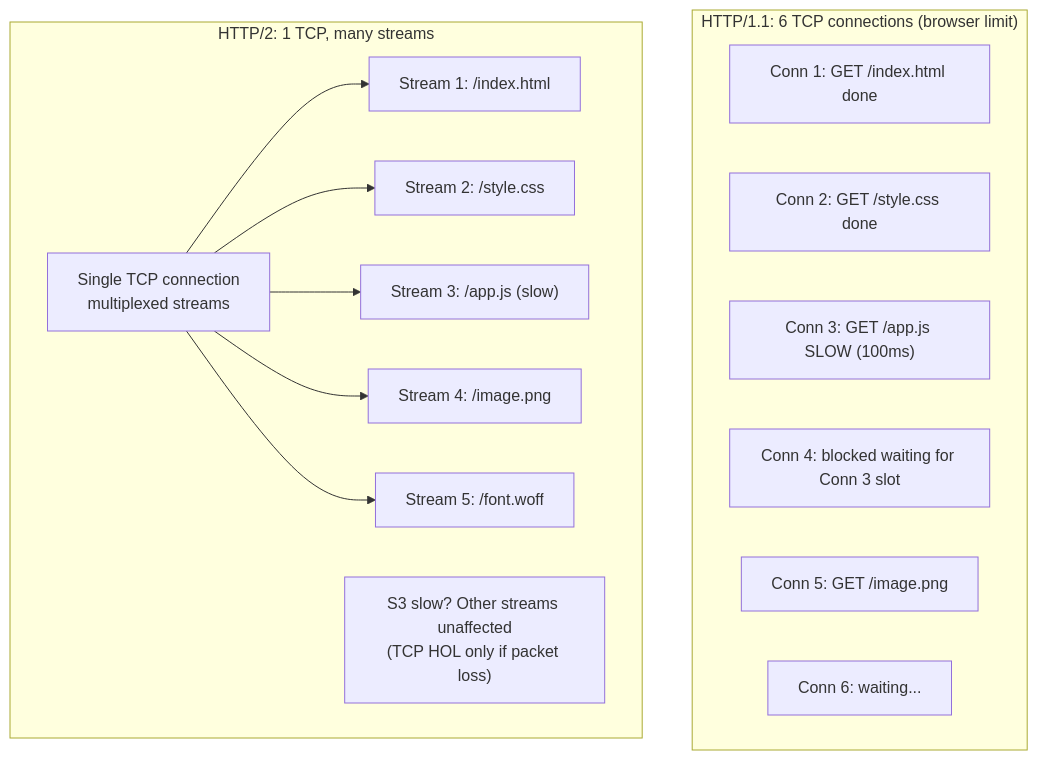
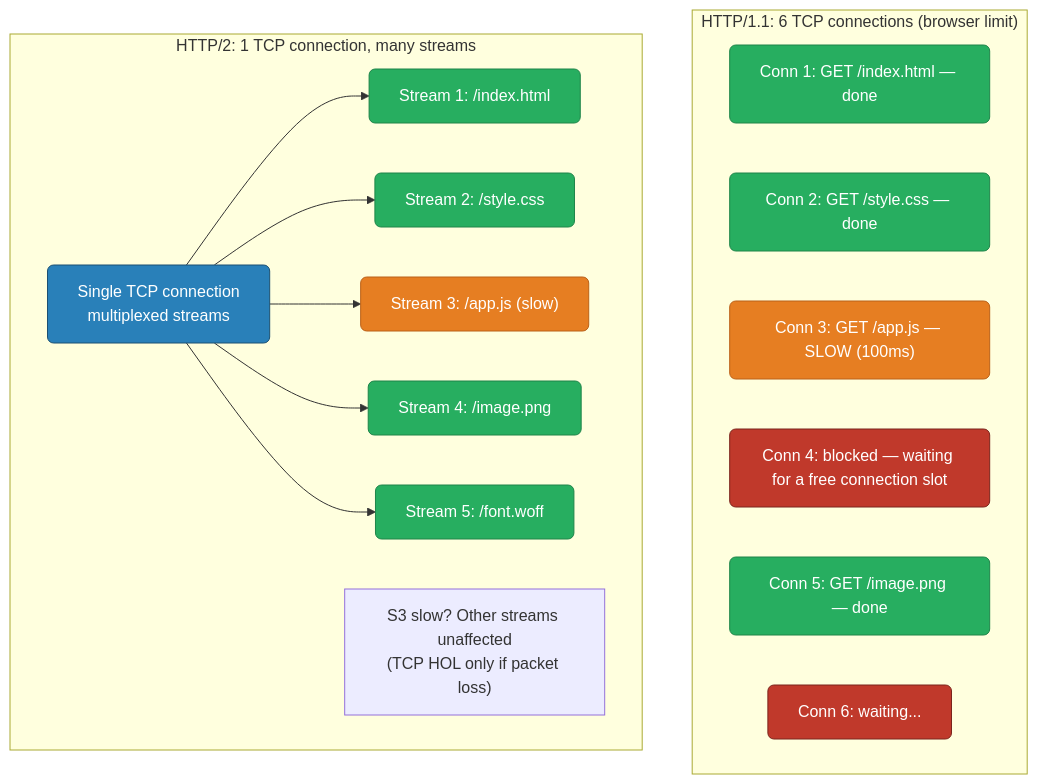
Before and after one commit to deepanshu-rawat6/DevOpsIndex: the sixth of 9 diagrams in networking/http-versions.md, drawn with Mermaid. The commit also changed other lines of this file and 8 other files, not shown here.

````diff
--- a/networking/http-versions.md
+++ b/networking/http-versions.md
@@ -144,22 +251,27 @@
 ```mermaid
 graph TD
+    classDef blocked fill:#c0392b,stroke:#7b241c,color:#fff,rx:6
+    classDef slow fill:#e67e22,stroke:#ba6018,color:#fff,rx:6
+    classDef ok fill:#27ae60,stroke:#1e8449,color:#fff,rx:6
+    classDef mux fill:#2980b9,stroke:#1b4f72,color:#fff,rx:6
+
     subgraph H11["HTTP/1.1: 6 TCP connections (browser limit)"]
-        C1["Conn 1: GET /index.html done"]
-        C2["Conn 2: GET /style.css done"]
-        C3["Conn 3: GET /app.js SLOW (100ms)"]
-        C4["Conn 4: blocked waiting for Conn 3 slot"]
-        C5["Conn 5: GET /image.png"]
-        C6["Conn 6: waiting..."]
+        C1["Conn 1: GET /index.html — done"]:::ok
+        C2["Conn 2: GET /style.css — done"]:::ok
+        C3["Conn 3: GET /app.js — SLOW (100ms)"]:::slow
+        C4["Conn 4: blocked — waiting for a free connection slot"]:::blocked
+        C5["Conn 5: GET /image.png — done"]:::ok
+        C6["Conn 6: waiting..."]:::blocked
     end
 
-    subgraph H2["HTTP/2: 1 TCP, many streams"]
-        MUX["Single TCP connection<br>multiplexed streams"]
-        S1["Stream 1: /index.html"]
-        S2["Stream 2: /style.css"]
-        S3["Stream 3: /app.js (slow)"]
-        S4["Stream 4: /image.png"]
-        S5["Stream 5: /font.woff"]
+    subgraph H2["HTTP/2: 1 TCP connection, many streams"]
+        MUX["Single TCP connection<br/>multiplexed streams"]:::mux
+        S1["Stream 1: /index.html"]:::ok
+        S2["Stream 2: /style.css"]:::ok
+        S3["Stream 3: /app.js (slow)"]:::slow
+        S4["Stream 4: /image.png"]:::ok
+        S5["Stream 5: /font.woff"]:::ok
         MUX --> S1 & S2 & S3 & S4 & S5
-        NOTE["S3 slow? Other streams unaffected<br>(TCP HOL only if packet loss)"]
+        NOTE["S3 slow? Other streams unaffected<br/>(TCP HOL only if packet loss)"]
     end
 ```
````
